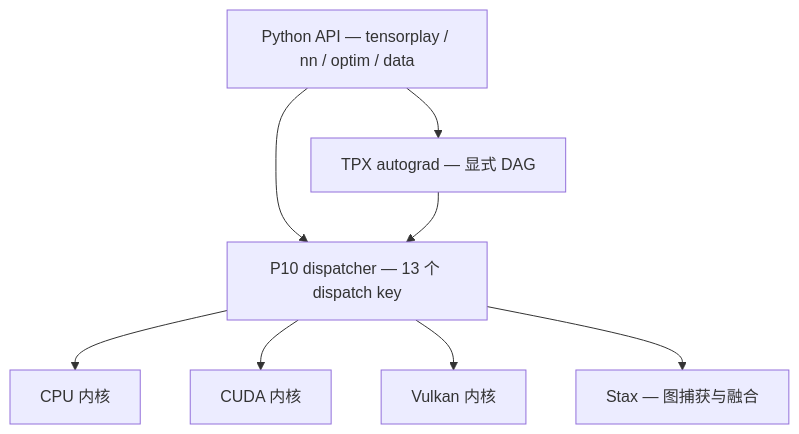
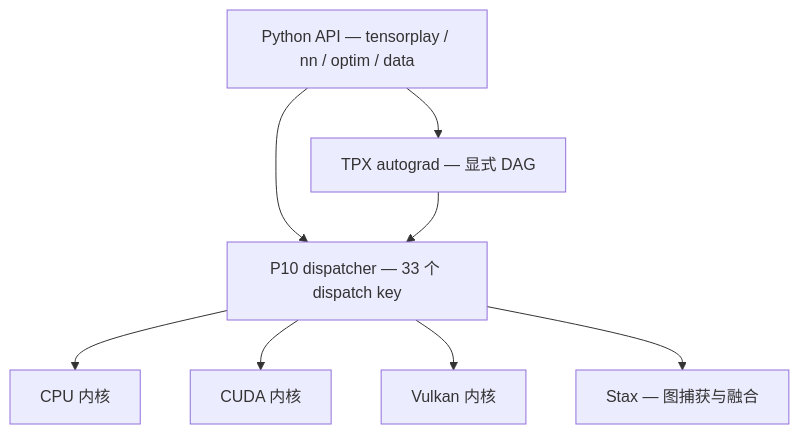
The diagram in README.zh.md (lexing-2026/TensorPlay), drawn with Mermaid before and after one commit. The commit also changed other lines of this file, not shown here.

````diff
--- a/README.zh.md
+++ b/README.zh.md
@@ -135,10 +167,10 @@
 ```mermaid
 flowchart TB
     py["Python API — tensorplay / nn / optim / data"] --> ag["TPX autograd — 显式 DAG"]
-    py --> disp["P10 dispatcher — 13 个 dispatch key"]
+    py --> disp["P10 dispatcher — 33 个 dispatch key"]
     ag --> disp
     disp --> cpu["CPU 内核"]
     disp --> cuda["CUDA 内核"]
     disp --> vulkan["Vulkan 内核"]
     disp --> stax["Stax — 图捕获与融合"]
 ```
````
